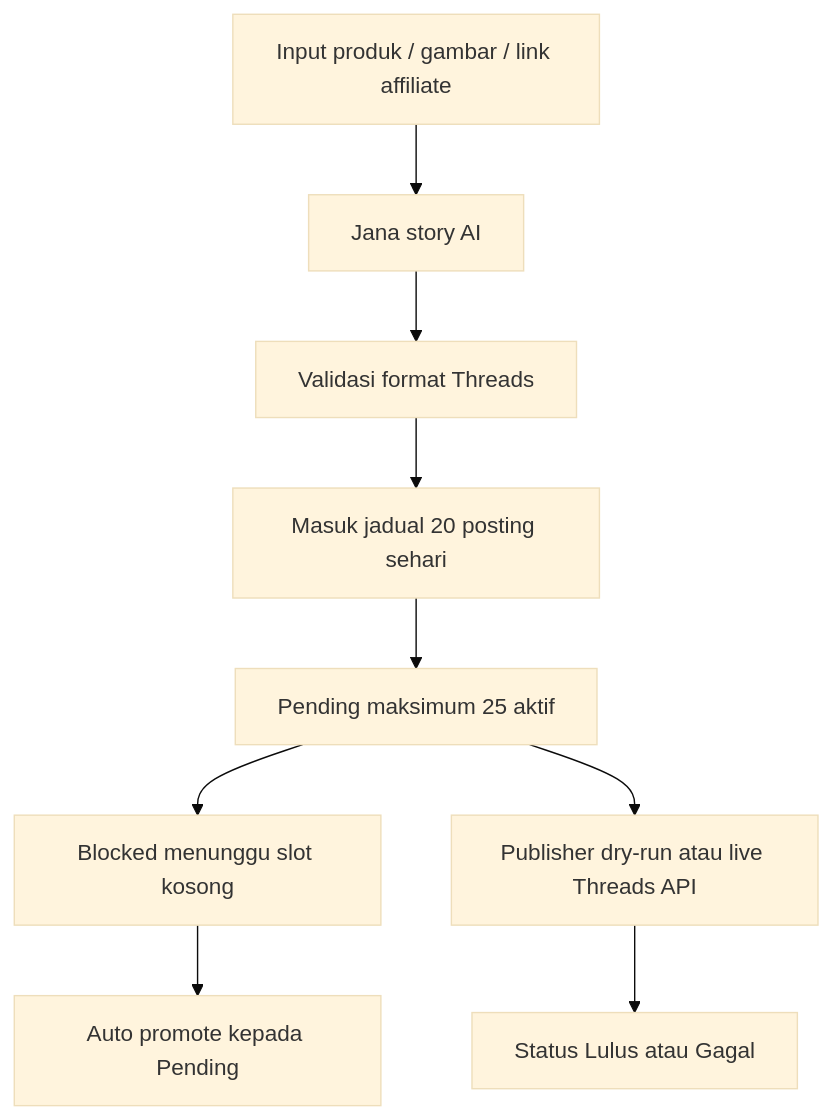
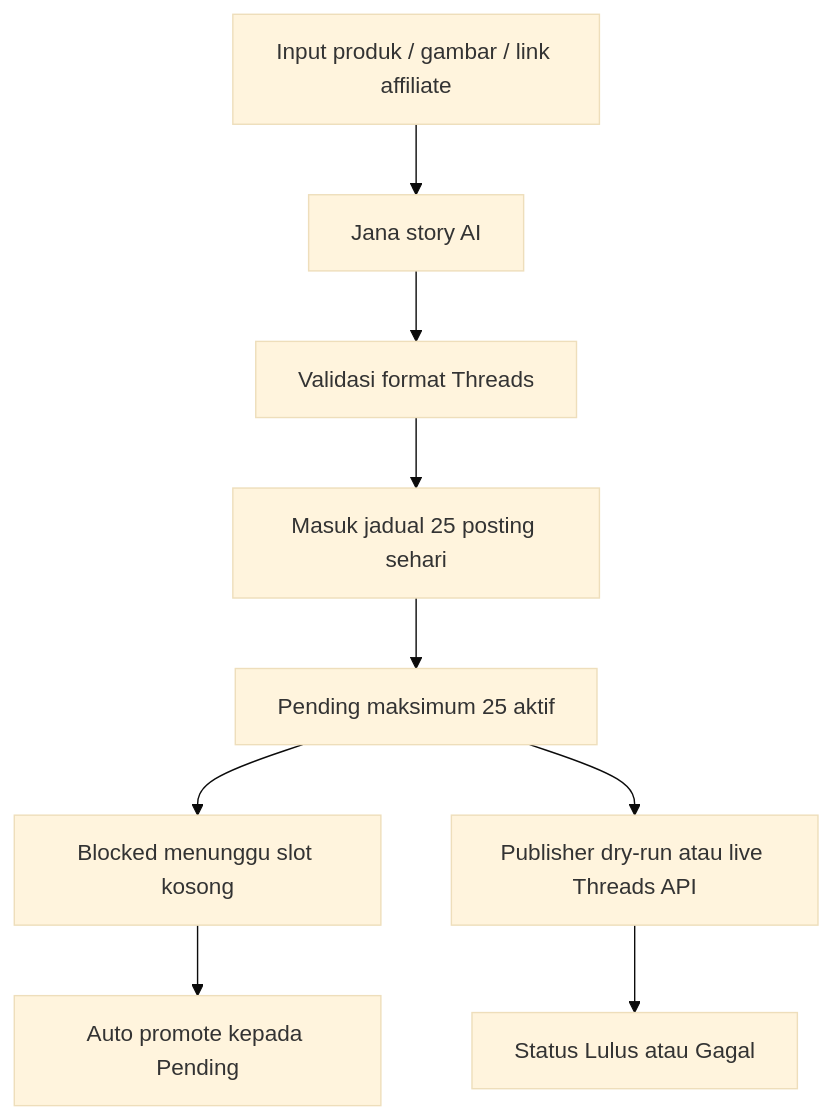
Before and after one commit to akmal4244/smta: the diagram in README.md, drawn with Mermaid (base theme). The commit also changed other lines of this file and 7 other files, not shown here.

````diff
--- a/README.md
+++ b/README.md
@@ -145,11 +145,11 @@
 ```mermaid
 flowchart TD
   A["Input produk / gambar / link affiliate"] --> B["Jana story AI"]
   B --> C["Validasi format Threads"]
-  C --> D["Masuk jadual 20 posting sehari"]
+  C --> D["Masuk jadual 25 posting sehari"]
   D --> E["Pending maksimum 25 aktif"]
   E --> F["Blocked menunggu slot kosong"]
   F --> G["Auto promote kepada Pending"]
   E --> H["Publisher dry-run atau live Threads API"]
   H --> I["Status Lulus atau Gagal"]
 ```
````
